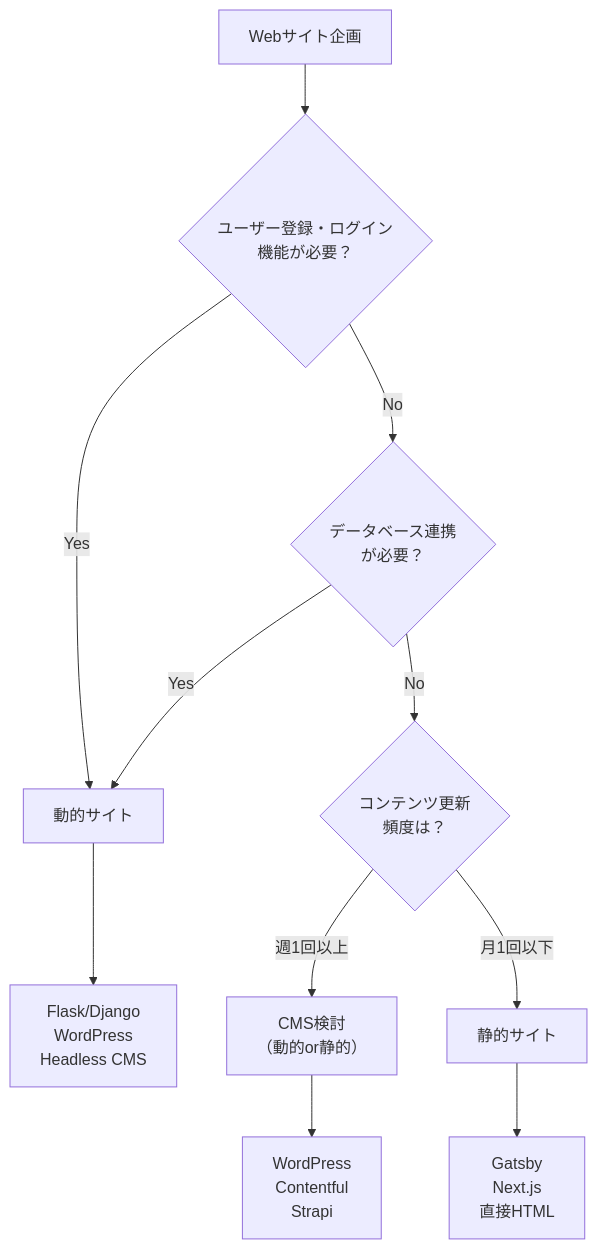
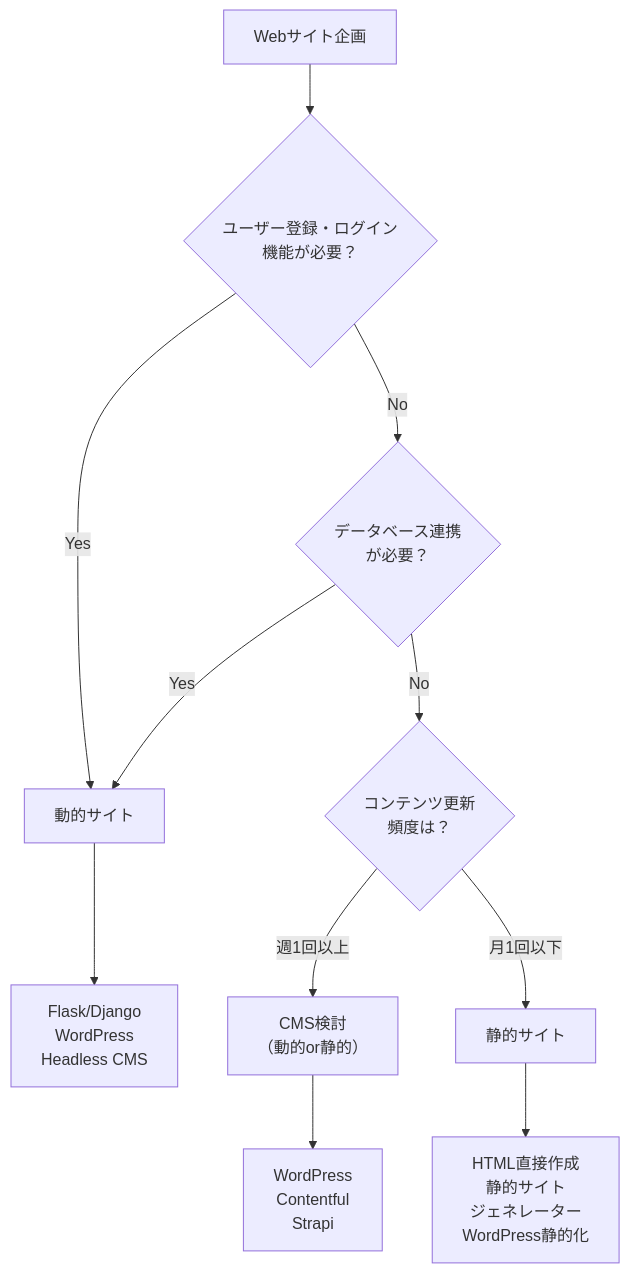
The third of 8 diagrams in docs/02_Web基礎理解/05_推奨_WebサイトとWebアプリケーション.md (Monzi-takuya/web-fundamentals-for-non-engineers), drawn with Mermaid before and after one commit. The commit also changed other lines of this file, not shown here.

````diff
--- a/docs/02_Web基礎理解/05_推奨_WebサイトとWebアプリケーション.md
+++ b/docs/02_Web基礎理解/05_推奨_WebサイトとWebアプリケーション.md
@@ -142,14 +166,14 @@
 ```mermaid
 flowchart TD
     A["Webサイト企画"] --> B{"ユーザー登録・ログイン<br/>機能が必要？"}
     B -->|Yes| C["動的サイト"]
     B -->|No| D{"データベース連携<br/>が必要？"}
     D -->|Yes| C
     D -->|No| E{"コンテンツ更新<br/>頻度は？"}
     E -->|週1回以上| F["CMS検討<br/>（動的or静的）"]
     E -->|月1回以下| G["静的サイト"]
     
     C --> H["Flask/Django<br/>WordPress<br/>Headless CMS"]
     F --> I["WordPress<br/>Contentful<br/>Strapi"]
-    G --> J["Gatsby<br/>Next.js<br/>直接HTML"]
+    G --> J["HTML直接作成<br/>静的サイト<br/>ジェネレーター<br/>WordPress静的化"]
 ```
````
